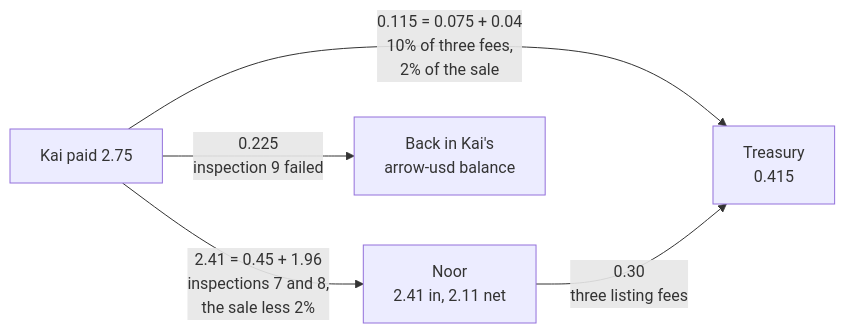
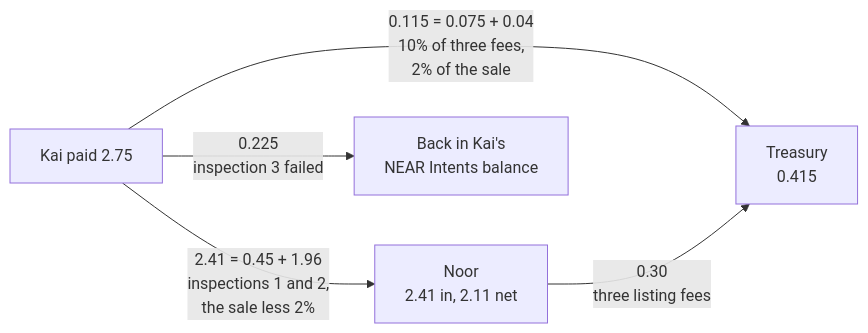
Before and after one commit to yigitcangokmen/arrow: the seventh of 10 diagrams in README.md, drawn with Mermaid. The commit also changed other lines of this file and 3 other files, not shown here.

````diff
--- a/README.md
+++ b/README.md
@@ -182,11 +182,11 @@
 ```mermaid
 flowchart LR
   Kai["Kai paid 2.75"]
   Noor["Noor<br/>2.41 in, 2.11 net"]
   Treasury["Treasury<br/>0.415"]
-  Back["Back in Kai's<br/>arrow-usd balance"]
-  Kai -->|"2.41 = 0.45 + 1.96<br/>inspections 7 and 8,<br/>the sale less 2%"| Noor
+  Back["Back in Kai's<br/>NEAR Intents balance"]
+  Kai -->|"2.41 = 0.45 + 1.96<br/>inspections 1 and 2,<br/>the sale less 2%"| Noor
   Kai -->|"0.115 = 0.075 + 0.04<br/>10% of three fees,<br/>2% of the sale"| Treasury
-  Kai -->|"0.225<br/>inspection 9 failed"| Back
+  Kai -->|"0.225<br/>inspection 3 failed"| Back
   Noor -->|"0.30<br/>three listing fees"| Treasury
 ```
````
